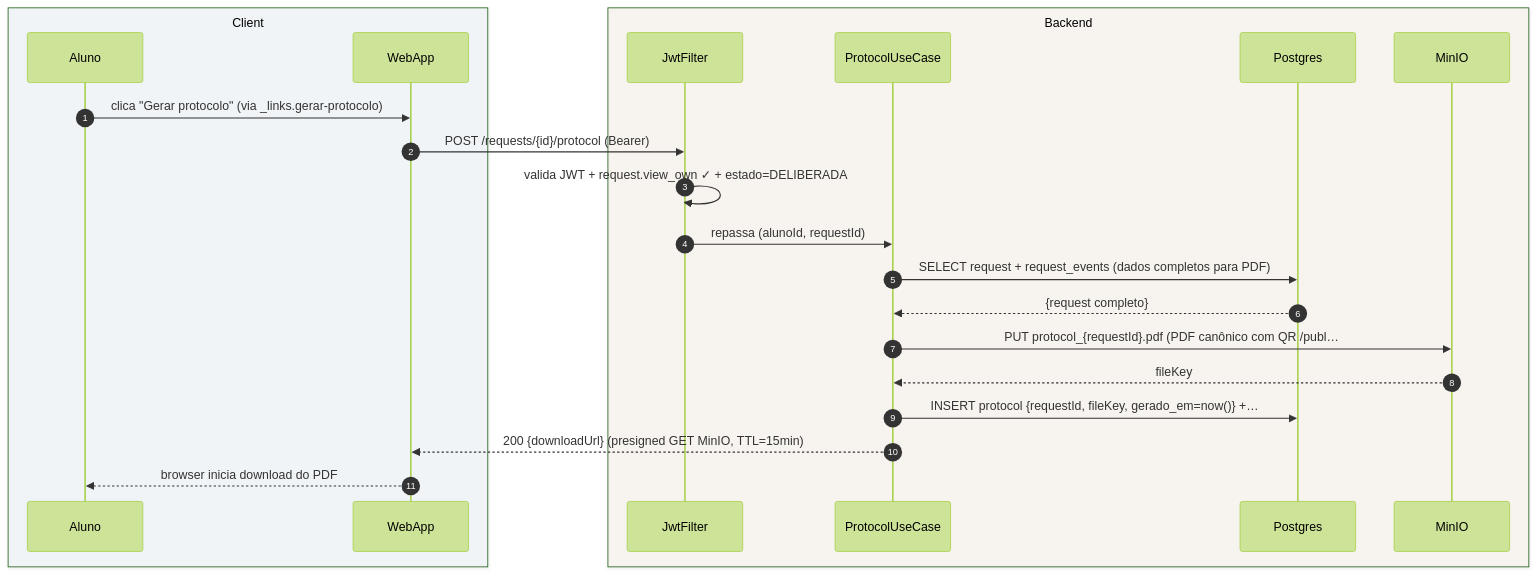
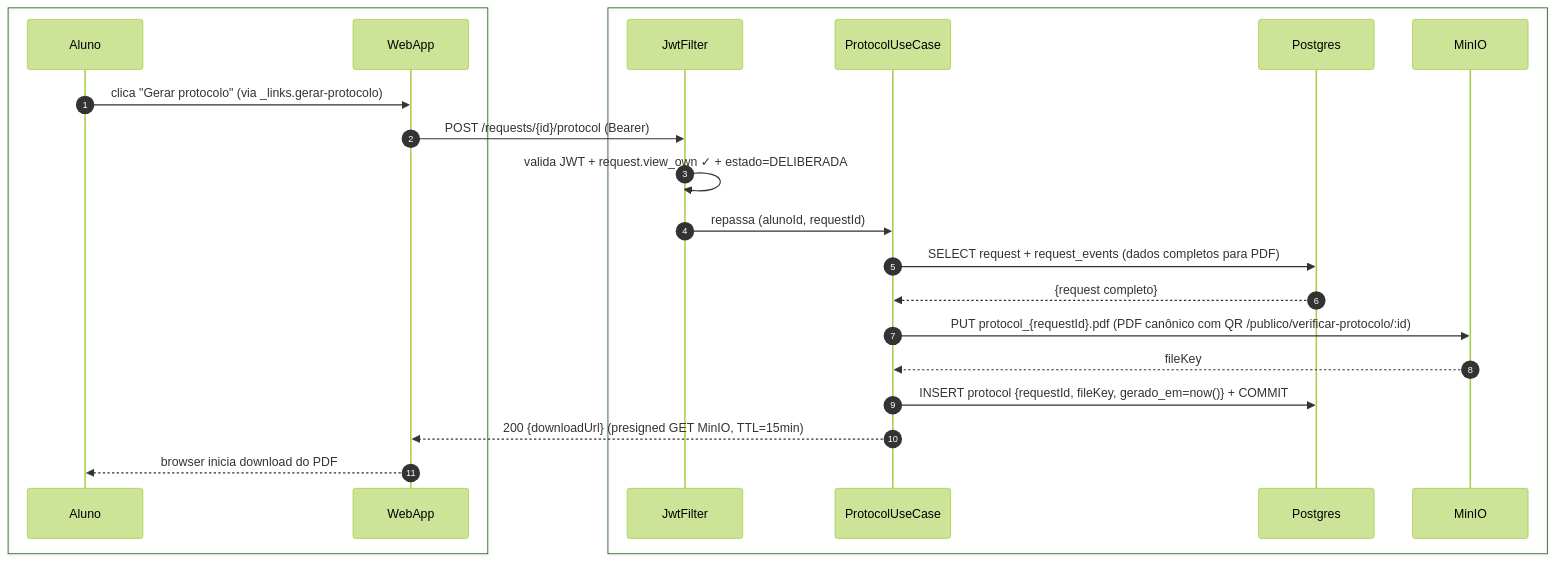
The seventh of 8 diagrams in foundationDocs/sequenceDiagrams/F1 — Aluno/US-F1-005-SOLICITACOES.md (umishell/secretariaOnline2), drawn with Mermaid (forest theme) before and after one commit. The commit also changed other lines of this file and 70 other files, not shown here.

First line of the commit message:
Enhance database documentation and introduce new schema files

````diff
--- a/foundationDocs/sequenceDiagrams/F1 — Aluno/US-F1-005-SOLICITACOES.md
+++ b/foundationDocs/sequenceDiagrams/F1 — Aluno/US-F1-005-SOLICITACOES.md
@@ -297,26 +297,26 @@
 ```mermaid
 sequenceDiagram
     autonumber
-    box rgba(230,245,255,0.3) Client
+    box #e8f4fc Cliente
         participant Aluno
         participant WebApp
     end
-    box rgba(255,245,230,0.3) Backend
+    box #fff8ee Servidor
         participant JwtFilter
         participant ProtocolUseCase
         participant Postgres
         participant MinIO
     end
 
     Aluno->>WebApp: clica "Gerar protocolo" (via _links.gerar-protocolo)
     WebApp->>JwtFilter: POST /requests/{id}/protocol (Bearer)
     JwtFilter->>JwtFilter: valida JWT + request.view_own ✓ + estado=DELIBERADA
     JwtFilter->>ProtocolUseCase: repassa (alunoId, requestId)
     ProtocolUseCase->>Postgres: SELECT request + request_events (dados completos para PDF)
     Postgres-->>ProtocolUseCase: {request completo}
-    ProtocolUseCase->>MinIO: PUT protocol_{requestId}.pdf (PDF canônico com QR /publ…
+    ProtocolUseCase->>MinIO: PUT protocol_{requestId}.pdf (PDF canônico com QR /publico/verificar-protocolo/:id)
     MinIO-->>ProtocolUseCase: fileKey
-    ProtocolUseCase->>Postgres: INSERT protocol {requestId, fileKey, gerado_em=now()} +…
+    ProtocolUseCase->>Postgres: INSERT protocol {requestId, fileKey, gerado_em=now()} + COMMIT
     ProtocolUseCase-->>WebApp: 200 {downloadUrl} (presigned GET MinIO, TTL=15min)
     WebApp-->>Aluno: browser inicia download do PDF
 ```
````
